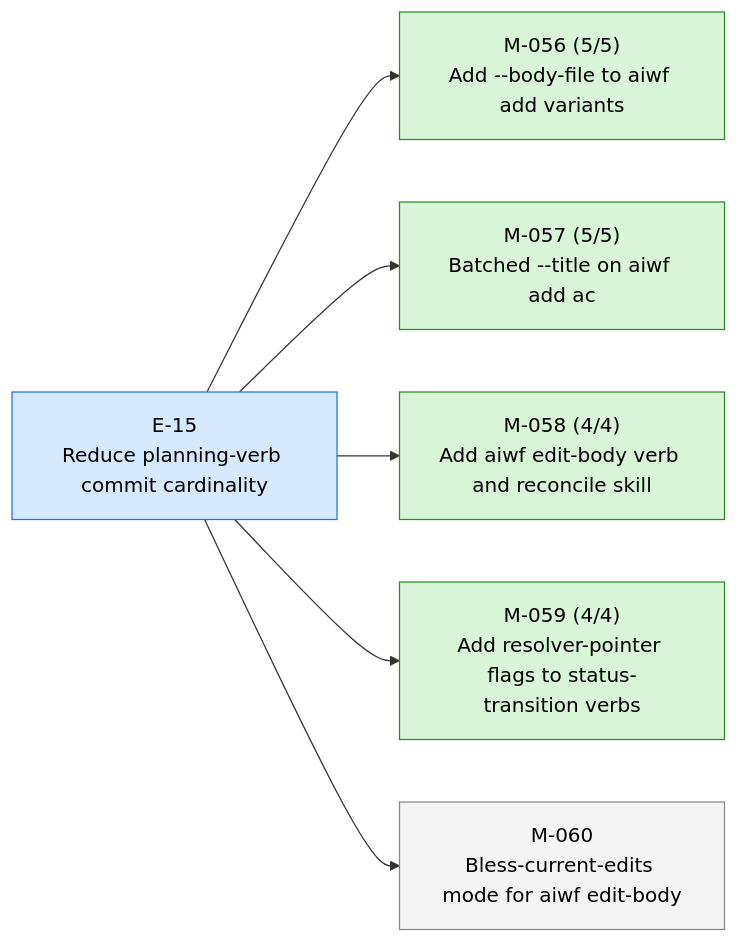
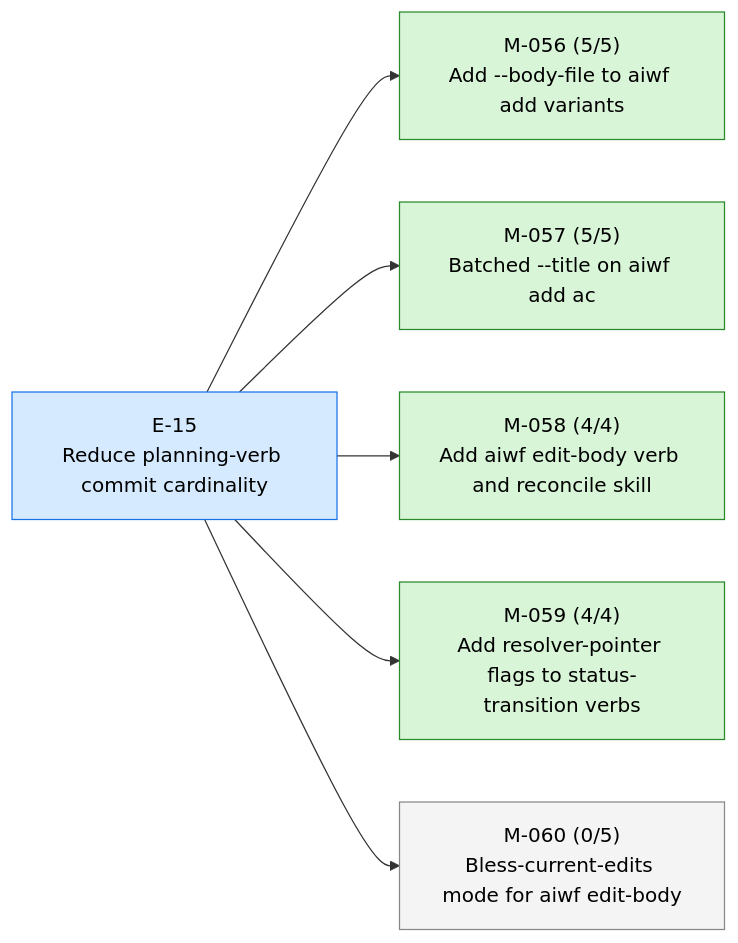
The first of 3 diagrams in STATUS.md (23min/aiwf), drawn with Mermaid before and after one commit. The commit also changed other lines of this file and 1 other file, not shown here.

First line of the commit message:
aiwf add ac M-060 AC-1..AC-5 (5 criteria)

````diff
--- a/STATUS.md
+++ b/STATUS.md
@@ -15,20 +15,20 @@
 ```mermaid
 flowchart LR
   E_15["E-15<br/>Reduce planning-verb commit cardinality"]:::epic_active
   M_056["M-056 (5/5)<br/>Add --body-file to aiwf add variants"]:::ms_done
   E_15 --> M_056
   M_057["M-057 (5/5)<br/>Batched --title on aiwf add ac"]:::ms_done
   E_15 --> M_057
   M_058["M-058 (4/4)<br/>Add aiwf edit-body verb and reconcile skill"]:::ms_done
   E_15 --> M_058
   M_059["M-059 (4/4)<br/>Add resolver-pointer flags to status-transition verbs"]:::ms_done
   E_15 --> M_059
-  M_060["M-060<br/>Bless-current-edits mode for aiwf edit-body"]:::ms_draft
+  M_060["M-060 (0/5)<br/>Bless-current-edits mode for aiwf edit-body"]:::ms_draft
   E_15 --> M_060
   classDef epic_active fill:#d6eaff,stroke:#1a73e8,color:#000
   classDef epic_proposed fill:#f4f4f4,stroke:#888,color:#000
   classDef ms_done fill:#d8f5d8,stroke:#2a8a2a,color:#000
   classDef ms_in_progress fill:#fff3c4,stroke:#caa400,color:#000
   classDef ms_draft fill:#f4f4f4,stroke:#888,color:#000
   classDef ms_cancelled fill:#fbeaea,stroke:#c33,color:#000
 ```
````
